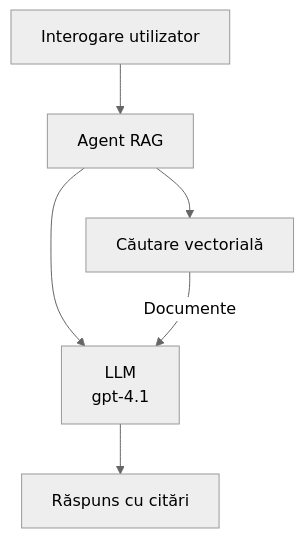
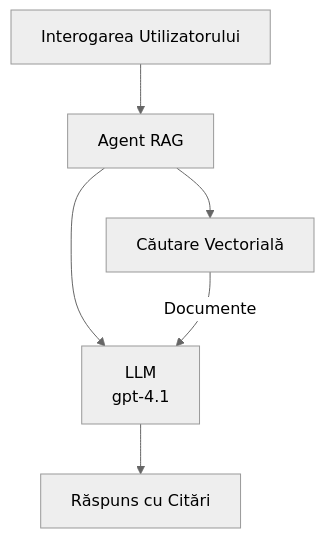
One commit to microsoft/AZD-for-beginners changed the second of 3 diagrams in translations/ro/docs/chapter-02-ai-development/agents.md. Above: the diagram before and after it, drawn with Mermaid (neutral theme). The commit also changed other lines of this file and 104 other files, not shown here.

````diff
--- a/translations/ro/docs/chapter-02-ai-development/agents.md
+++ b/translations/ro/docs/chapter-02-ai-development/agents.md
@@ -175,8 +181,8 @@
 ```mermaid
 graph TD
-    Query[Interogare utilizator] --> RAG[Agent RAG]
-    RAG --> Vector[Căutare vectorială]
+    Query[Interogarea Utilizatorului] --> RAG[Agent RAG]
+    RAG --> Vector[Căutare Vectorială]
     RAG --> LLM[LLM<br/>gpt-4.1]
     Vector -- Documente --> LLM
-    LLM --> Response[Răspuns cu citări]
+    LLM --> Response[Răspuns cu Citări]
 ```
````
